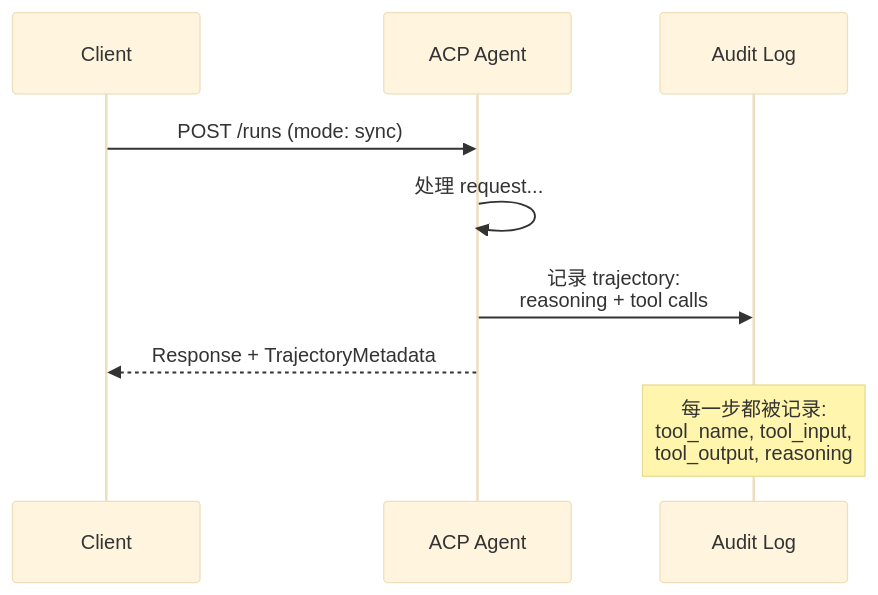
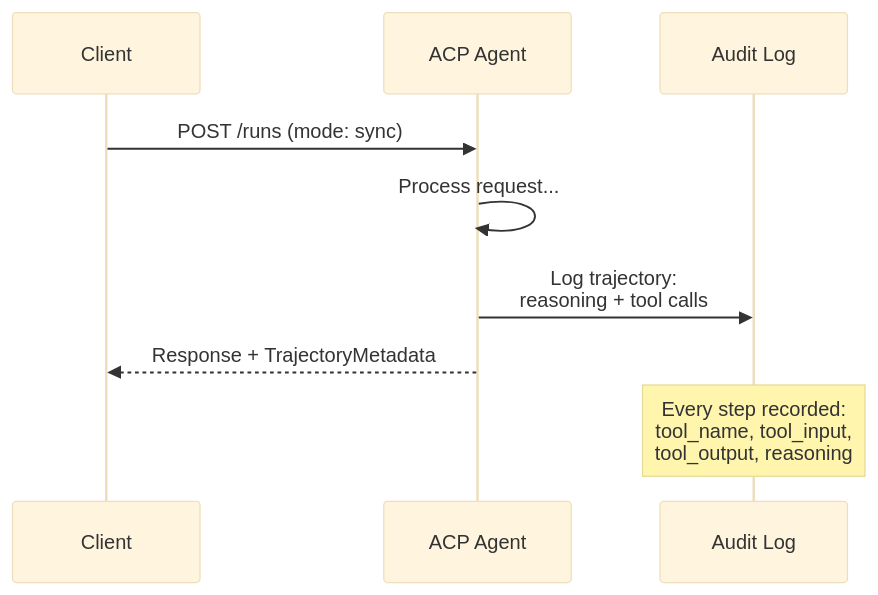
The fifth of 13 diagrams in phases/16-multi-agent-and-swarms/03-communication-protocols/docs/en.md (cluster1900/ai-engineering-from-scratch-zh), drawn with Mermaid (base theme) before and after one commit. The commit also changed other lines of this file and 155 other files, not shown here.

````diff
--- a/phases/16-multi-agent-and-swarms/03-communication-protocols/docs/en.md
+++ b/phases/16-multi-agent-and-swarms/03-communication-protocols/docs/en.md
@@ -291,12 +293,12 @@
 ```mermaid
 sequenceDiagram
     participant Client
     participant ACP as ACP Agent
     participant Audit as Audit Log
 
     Client->>ACP: POST /runs (mode: sync)
-    ACP->>ACP: 处理 request...
-    ACP->>Audit: 记录 trajectory:<br/>reasoning + tool calls
+    ACP->>ACP: Process request...
+    ACP->>Audit: Log trajectory:<br/>reasoning + tool calls
     ACP-->>Client: Response + TrajectoryMetadata
-    Note over Audit: 每一步都被记录:<br/>tool_name, tool_input,<br/>tool_output, reasoning
+    Note over Audit: Every step recorded:<br/>tool_name, tool_input,<br/>tool_output, reasoning
 ```
````
